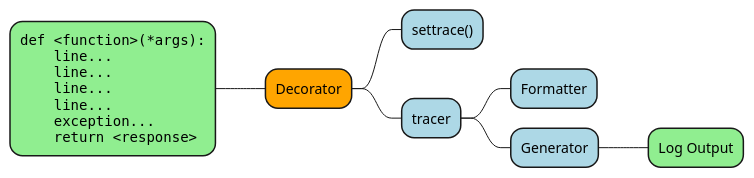
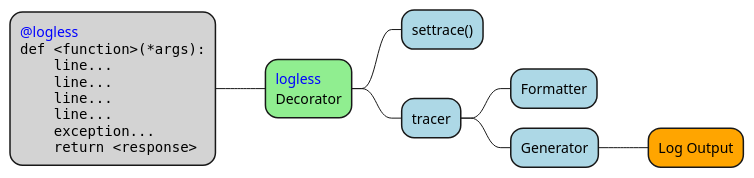
One commit to kushagrasoni/LogLess_Logging changed the diagram in umls/function_to_tracer.puml. Above: the diagram before and after it, drawn with PlantUML. The commit also changed 15 other files, not shown here.

Commit message:
Refactored the decorator and tracer New way of using decorator is @logless.log()

```diff
--- a/umls/function_to_tracer.puml
+++ b/umls/function_to_tracer.puml
@@ -1,28 +1,31 @@
 @startmindmap
 
 'caption Figure 2.1: Passing each event type of the Source Code through a tracer and log formatter
 'title Sample Lambda Function
 
-+[#Orange] Decorator
+*[#lightgreen]:<font color=blue>logless</font>
+Decorator;
 
 right side 
 
 ++[#lightblue] settrace()
 ++[#lightblue] tracer
 +++[#lightblue] Formatter
 +++[#lightblue] Generator
-++++[#lightgreen] Log Output
+++++[#Orange] Log Output
 
 left side 
 
-**[#lightgreen]:<code>
+**[#lightGrey]:<font color=blue>@logless</font>
+<code>
+'<color #118888>@logless</color>
 def <function>(*args):
     line...
     line...
     line...
     line...
     exception...
     return <response>
 </code>;
 
 @endmindmap
```
